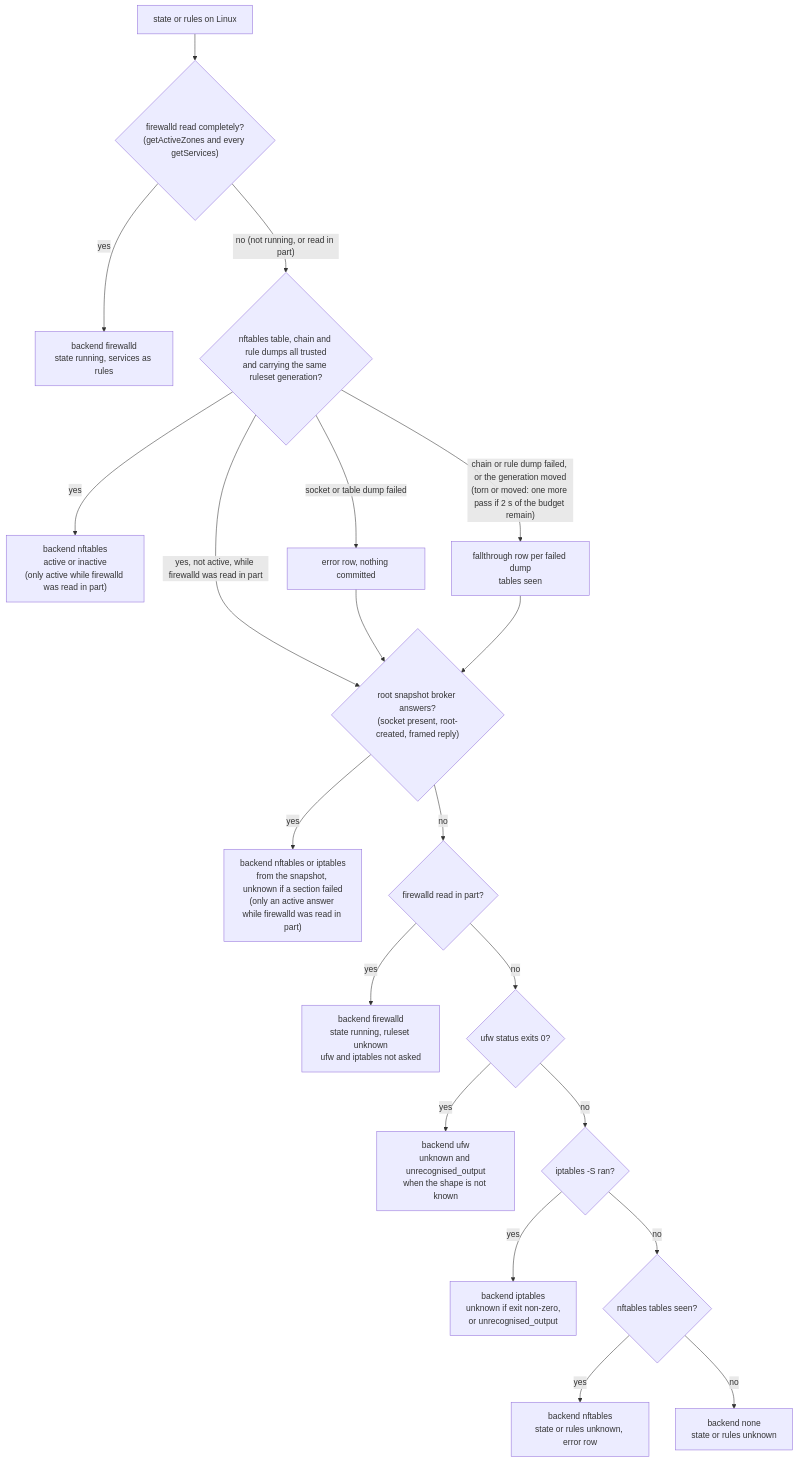
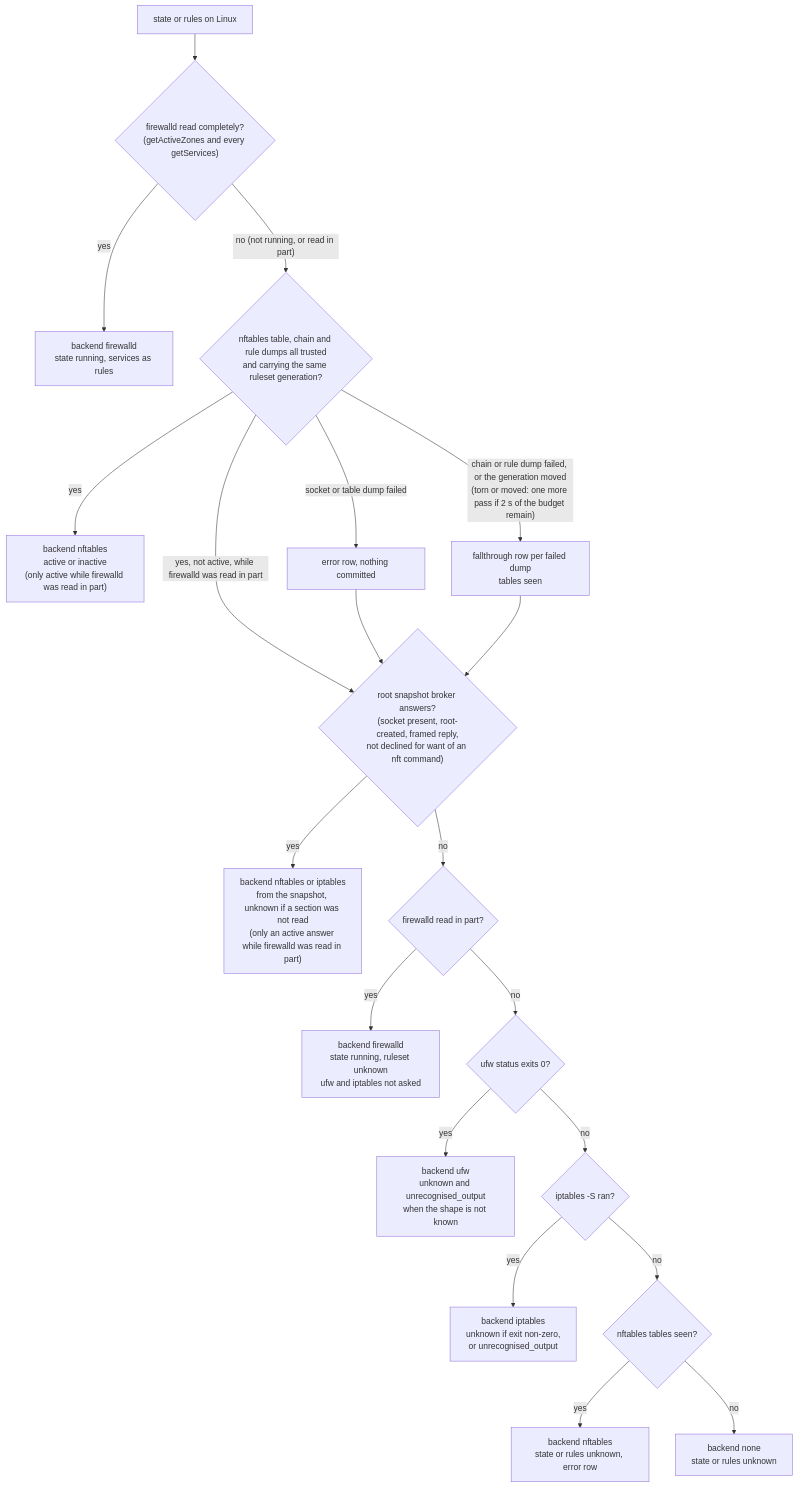
The third of 4 diagrams in agents/plugins/firewall/README.md (DevNullLtd/Yuzu), drawn with Mermaid before and after one commit. The commit also changed other lines of this file and 27 other files, not shown here.

````diff
--- a/agents/plugins/firewall/README.md
+++ b/agents/plugins/firewall/README.md
@@ -95,22 +95,22 @@
 ```mermaid
 flowchart TD
   S["state or rules on Linux"] --> F{"firewalld read completely?<br/>(getActiveZones and every getServices)"}
   F -- "yes" --> FD["backend firewalld<br/>state running, services as rules"]
   F -- "no (not running, or read in part)" --> N{"nftables table, chain and rule dumps all trusted<br/>and carrying the same ruleset generation?"}
   N -- "yes" --> ND["backend nftables<br/>active or inactive<br/>(only active while firewalld was read in part)"]
   N -- "yes, not active, while firewalld was read in part" --> B
   N -- "socket or table dump failed" --> E1["error row, nothing committed"]
   N -- "chain or rule dump failed, or the generation moved<br/>(torn or moved: one more pass if 2 s of the budget remain)" --> FT["fallthrough row per failed dump<br/>tables seen"]
-  E1 --> B{"root snapshot broker answers?<br/>(socket present, root-created, framed reply)"}
+  E1 --> B{"root snapshot broker answers?<br/>(socket present, root-created, framed reply,<br/>not declined for want of an nft command)"}
   FT --> B
-  B -- "yes" --> BD["backend nftables or iptables<br/>from the snapshot, unknown if a section failed<br/>(only an active answer while firewalld was read in part)"]
+  B -- "yes" --> BD["backend nftables or iptables<br/>from the snapshot, unknown if a section was not read<br/>(only an active answer while firewalld was read in part)"]
   B -- "no" --> H{"firewalld read in part?"}
   H -- "yes" --> FH["backend firewalld<br/>state running, ruleset unknown<br/>ufw and iptables not asked"]
   H -- "no" --> U{"ufw status exits 0?"}
   U -- "yes" --> UD["backend ufw<br/>unknown and unrecognised_output<br/>when the shape is not known"]
   U -- "no" --> I{"iptables -S ran?"}
   I -- "yes" --> ID["backend iptables<br/>unknown if exit non-zero,<br/>or unrecognised_output"]
   I -- "no" --> X{"nftables tables seen?"}
   X -- "yes" --> NU["backend nftables<br/>state or rules unknown, error row"]
   X -- "no" --> NONE["backend none<br/>state or rules unknown"]
 ```
````
